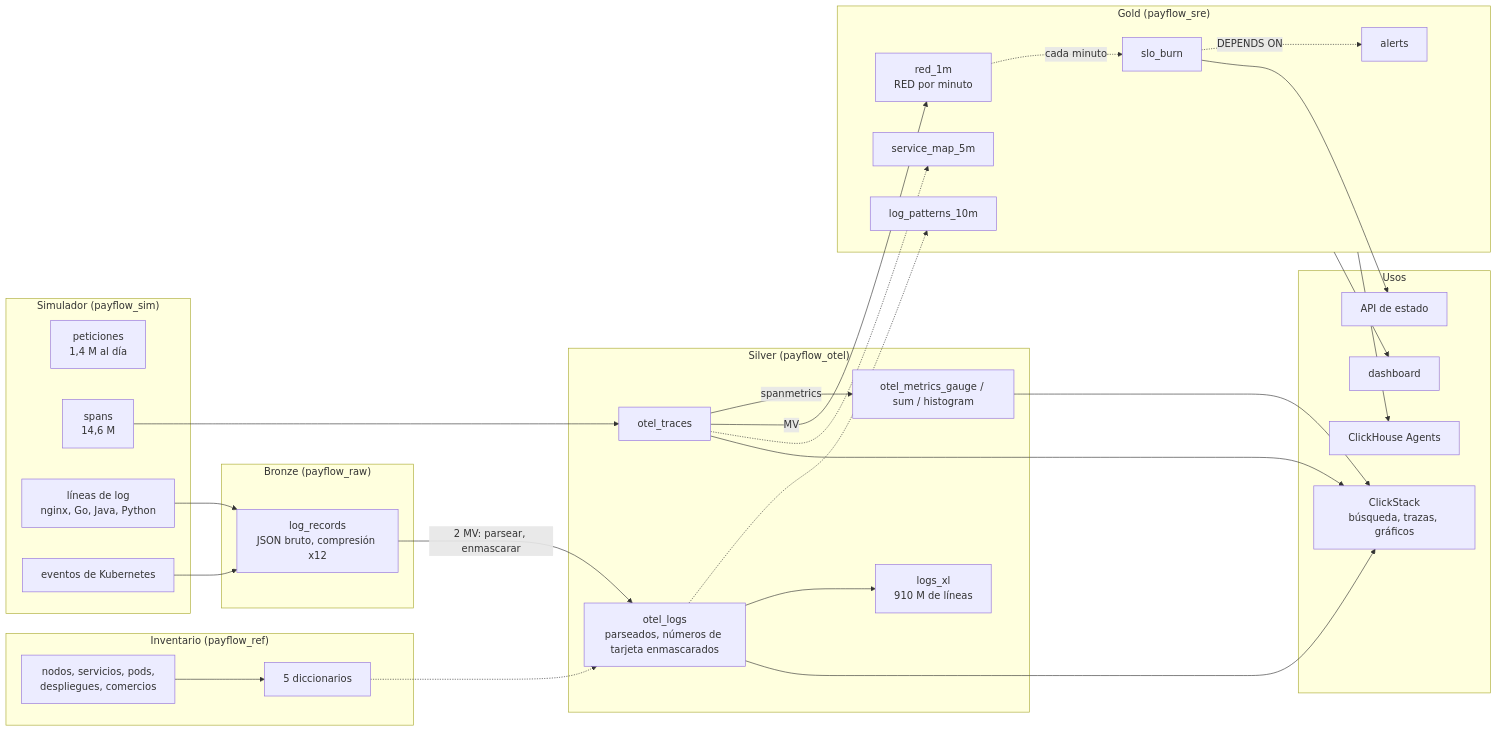
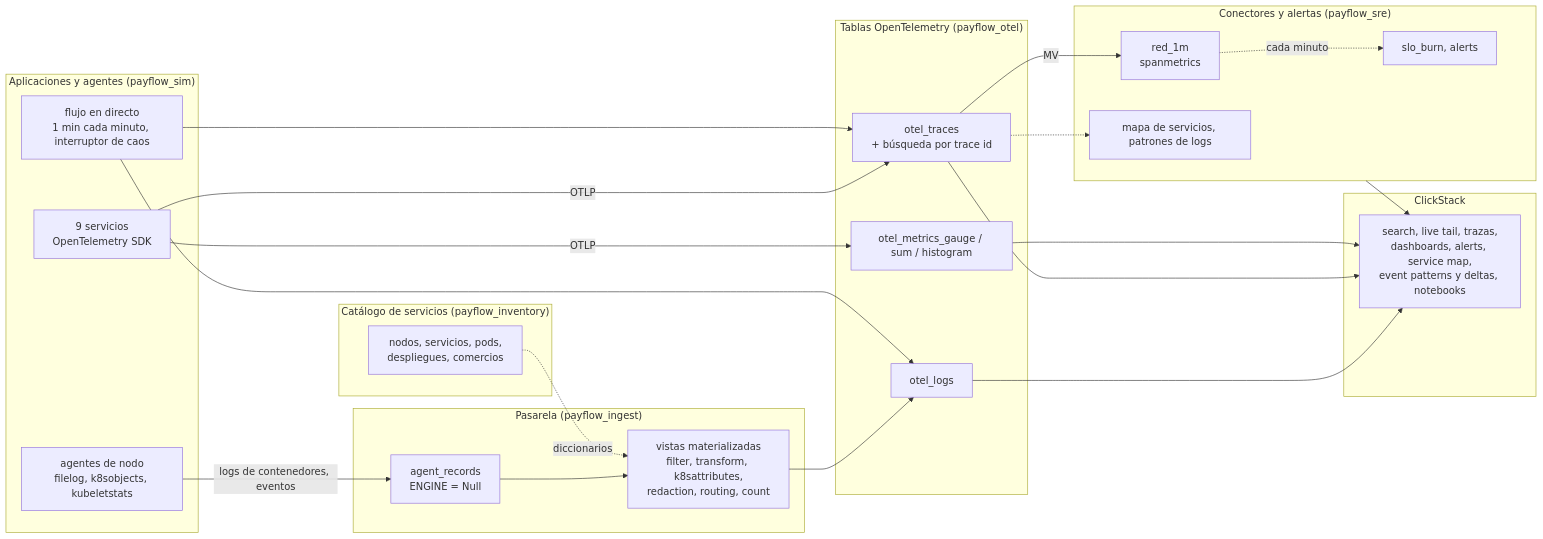
Before and after one commit to Ochakri-CHDB/clickhouse-observability-workshop: the diagram in es/README.md, drawn with Mermaid. The commit also changed other lines of this file and 135 other files, not shown here.

First line of the commit message:
Rebuild the workshop around OpenTelemetry and ClickStack

````diff
--- a/es/README.md
+++ b/es/README.md
@@ -19,54 +13,43 @@
 ```mermaid
 flowchart LR
-    subgraph SIM["Simulador (payflow_sim)"]
-        REQ["peticiones<br/>1,4 M al día"]
-        SPANS["spans<br/>14,6 M"]
-        LINES["líneas de log<br/>nginx, Go, Java, Python"]
-        EVT["eventos de Kubernetes"]
+    subgraph APPS["Aplicaciones y agentes (payflow_sim)"]
+        SDK["9 servicios<br/>OpenTelemetry SDK"]
+        AGENT["agentes de nodo<br/>filelog, k8sobjects, kubeletstats"]
+        LIVE["flujo en directo<br/>1 min cada minuto, interruptor de caos"]
     end
-    subgraph REF["Inventario (payflow_ref)"]
-        INV["nodos, servicios, pods,<br/>despliegues, comercios"]
-        DICT["5 diccionarios"]
+    subgraph GW["Pasarela (payflow_ingest)"]
+        NULL["agent_records<br/>ENGINE = Null"]
+        PROC["vistas materializadas<br/>filter, transform, k8sattributes,<br/>redaction, routing, count"]
     end
-    subgraph BRONZE["Bronze (payflow_raw)"]
-        RAW["log_records<br/>JSON bruto, compresión x12"]
+    subgraph OTEL["Tablas OpenTelemetry (payflow_otel)"]
+        LOGS["otel_logs"]
+        TRACES["otel_traces<br/>+ búsqueda por trace id"]
+        METRICS["otel_metrics_gauge / sum / histogram"]
     end
-    subgraph SILVER["Silver (payflow_otel)"]
-        LOGS["otel_logs<br/>parseados, números de tarjeta enmascarados"]
-        TRACES["otel_traces"]
-        METRICS["otel_metrics_gauge / sum / histogram"]
-        XL["logs_xl<br/>910 M de líneas"]
+    subgraph SRE["Conectores y alertas (payflow_sre)"]
+        RED["red_1m<br/>spanmetrics"]
+        SLO["slo_burn, alerts"]
+        MAP["mapa de servicios, patrones de logs"]
     end
-    subgraph GOLD["Gold (payflow_sre)"]
-        RED["red_1m<br/>RED por minuto"]
-        SLO["slo_burn"]
-        ALERTS["alerts"]
-        MAP["service_map_5m"]
-        PAT["log_patterns_10m"]
+    subgraph INV["Catálogo de servicios (payflow_inventory)"]
+        CAT["nodos, servicios, pods,<br/>despliegues, comercios"]
     end
-    subgraph USE["Usos"]
-        CS["ClickStack<br/>búsqueda, trazas, gráficos"]
-        DASH["dashboard"]
-        API["API de estado"]
-        AGENT["ClickHouse Agents"]
+    subgraph CS["ClickStack"]
+        UI["search, live tail, trazas,<br/>dashboards, alerts, service map,<br/>event patterns y deltas, notebooks"]
     end
-    LINES --> RAW
-    EVT --> RAW
-    RAW -->|"2 MV: parsear, enmascarar"| LOGS
-    SPANS --> TRACES
-    TRACES -->|"spanmetrics"| METRICS
-    TRACES -->|MV| RED
+    AGENT -->|"logs de contenedores, eventos"| NULL
+    NULL --> PROC
+    PROC --> LOGS
+    SDK -->|"OTLP"| TRACES
+    SDK -->|"OTLP"| METRICS
+    CAT -.->|"diccionarios"| PROC
+    TRACES -->|"MV"| RED
     RED -.->|"cada minuto"| SLO
-    SLO -.->|"DEPENDS ON"| ALERTS
     TRACES -.-> MAP
-    LOGS -.-> PAT
-    LOGS --> XL
-    INV --> DICT
-    DICT -.-> LOGS
-    LOGS --> CS
-    TRACES --> CS
-    METRICS --> CS
-    GOLD --> DASH
-    SLO --> API
-    GOLD --> AGENT
+    LIVE --> LOGS
+    LIVE --> TRACES
+    LOGS --> UI
+    TRACES --> UI
+    METRICS --> UI
+    SRE --> UI
 ```
````
